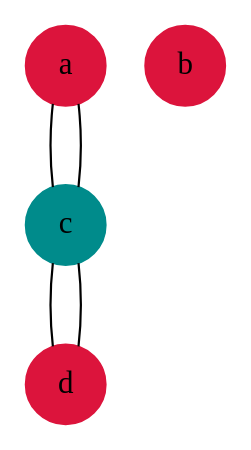
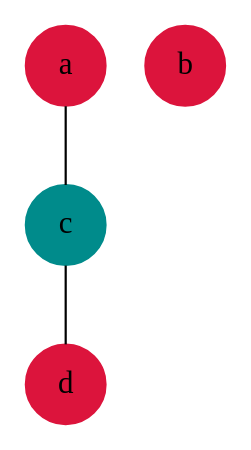
The diagram in graph/test.dot (LeaChemoul/ColorationGraphesProjet), drawn with Graphviz before and after one commit. The commit also changed 51 other files, not shown here.

Commit message:
Correction de la structure de graphe et des algorithmes de tris

```diff
--- a/graph/test.dot
+++ b/graph/test.dot
@@ -1,10 +1,8 @@
 graph G {
 a [shape=circle, style=filled, color= crimson];
 a -- c;
 b [shape=circle, style=filled, color= crimson];
 c [shape=circle, style=filled, color= cyan4];
 c -- d;
-c -- a;
 d [shape=circle, style=filled, color= crimson];
-d -- c;
 }
```
